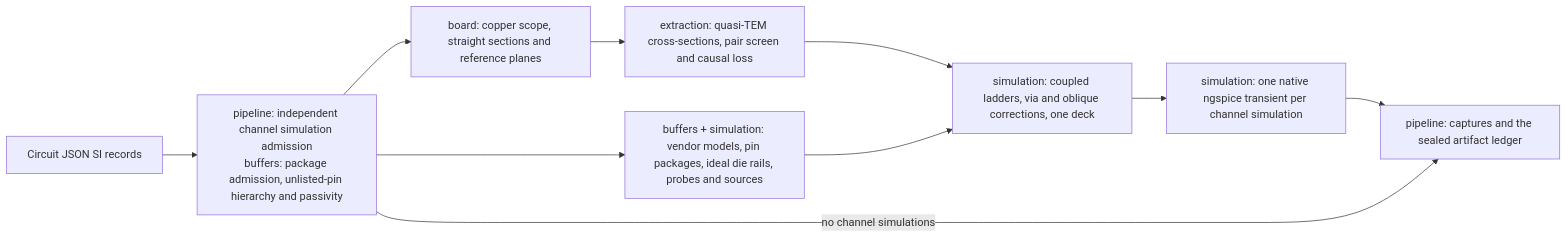
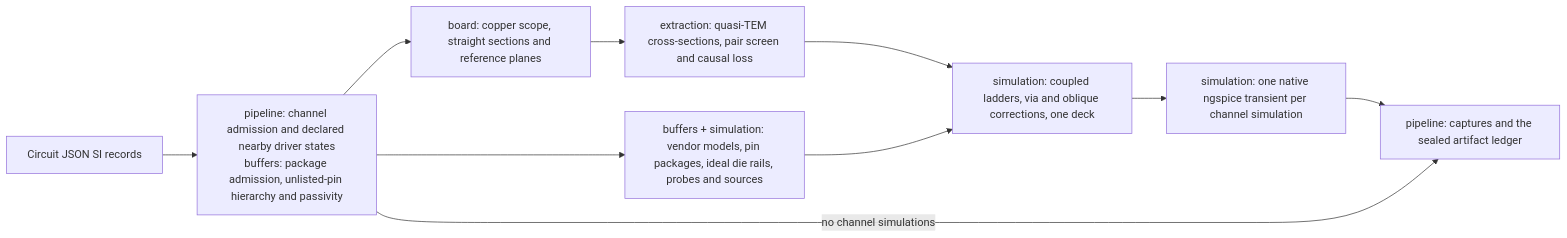
The first of 6 diagrams in docs/ARCHITECTURE.md (draarivpatel-ui/signal-integrity-pipeline), drawn with Mermaid before and after one commit. The commit also changed other lines of this file and 23 other files, not shown here.

Commit message:
feat: require a declared state for nearby drivers

````diff
--- a/docs/ARCHITECTURE.md
+++ b/docs/ARCHITECTURE.md
@@ -21,12 +21,12 @@
 ```mermaid
 flowchart LR
-  source["Circuit JSON SI records"] --> admit["pipeline: independent channel simulation admission<br/>buffers: package admission, unlisted-pin hierarchy and passivity"]
+  source["Circuit JSON SI records"] --> admit["pipeline: channel admission and declared nearby driver states<br/>buffers: package admission, unlisted-pin hierarchy and passivity"]
   admit --> sections["board: copper scope, straight sections and reference planes"]
   sections --> fields["extraction: quasi-TEM cross-sections, pair screen and causal loss"]
   admit --> bindings["buffers + simulation: vendor models, pin packages, ideal die rails, probes and sources"]
   fields --> network["simulation: coupled ladders, via and oblique corrections, one deck"]
   bindings --> network
   network --> transient["simulation: one native ngspice transient per channel simulation"]
   transient --> output["pipeline: captures and the sealed artifact ledger"]
   admit -->|"no channel simulations"| output
 ```
````
